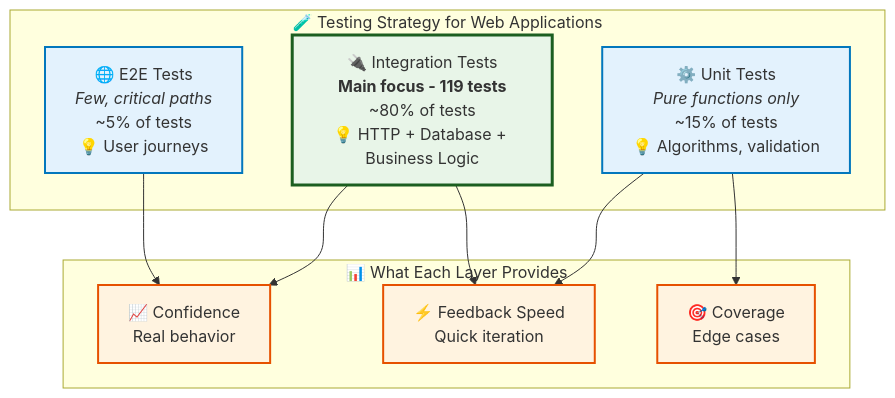
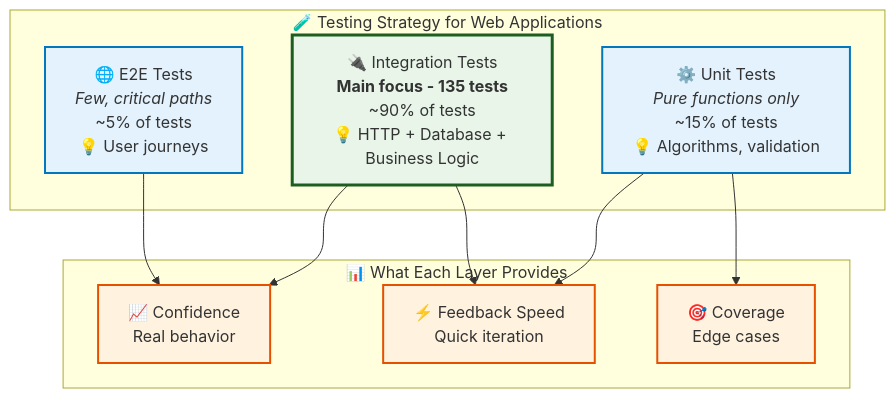
Before and after one commit to quanhua92/rust-fullstack-starter: the first of 2 diagrams in docs/guides/08-testing.md, drawn with Mermaid. The commit also changed other lines of this file and 4 other files, not shown here.

````diff
--- a/docs/guides/08-testing.md
+++ b/docs/guides/08-testing.md
@@ -54,30 +54,30 @@
 ```mermaid
 graph TD
     subgraph "🧪 Testing Strategy for Web Applications"
         E2E[🌐 E2E Tests<br/><i>Few, critical paths</i><br/>~5% of tests<br/>💡 User journeys]
         
-        INTEGRATION[🔌 Integration Tests<br/><b>Main focus - 119 tests</b><br/>~80% of tests<br/>💡 HTTP + Database + Business Logic]
+        INTEGRATION[🔌 Integration Tests<br/><b>Main focus - 135 tests</b><br/>~90% of tests<br/>💡 HTTP + Database + Business Logic]
         
         UNIT[⚙️ Unit Tests<br/><i>Pure functions only</i><br/>~15% of tests<br/>💡 Algorithms, validation]
     end
     
     subgraph "📊 What Each Layer Provides"
         CONFIDENCE[📈 Confidence<br/>Real behavior]
         SPEED[⚡ Feedback Speed<br/>Quick iteration]
         COVERAGE[🎯 Coverage<br/>Edge cases]
     end
     
     E2E --> CONFIDENCE
     INTEGRATION --> CONFIDENCE
     INTEGRATION --> SPEED
     UNIT --> SPEED
     UNIT --> COVERAGE
     
     classDef main fill:#e8f5e8,stroke:#1b5e20,stroke-width:3px
     classDef support fill:#e3f2fd,stroke:#0277bd,stroke-width:2px
     classDef benefit fill:#fff3e0,stroke:#e65100,stroke-width:2px
     
     class INTEGRATION main
     class E2E,UNIT support
     class CONFIDENCE,SPEED,COVERAGE benefit
 ```
````
